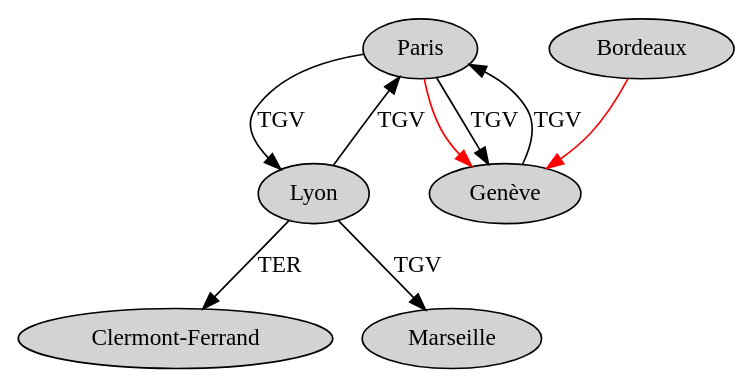
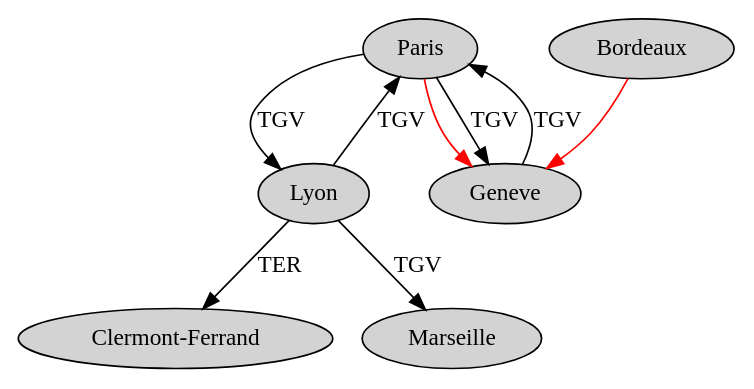
One commit to LogarithmeNeper/CPP_TP2 changed the diagram in doc/graph1.pu. Above: the diagram before and after it, drawn with PlantUML. The commit also changed 12 other files, not shown here.

```diff
--- a/doc/graph1.pu
+++ b/doc/graph1.pu
@@ -1,17 +1,17 @@
 @startuml
 digraph graph1 {
 
   node [style=filled];
   Paris -> Lyon [label="TGV"];
 
-  Bordeaux -> "Genève" [color=red];
-  Paris -> Genève [color=red];
+  Bordeaux -> "Geneve" [color=red];
+  Paris -> Geneve [color=red];
 
-  Paris -> Genève [label="TGV"];
+  Paris -> Geneve [label="TGV"];
   Lyon -> "Clermont-Ferrand" [label="TER"];
   Lyon -> Marseille [label="TGV"];
   Lyon -> Paris [label="TGV"];
-  Genève -> Paris [label="TGV"];
+  Geneve -> Paris [label="TGV"];
 
 }
 @enduml
```
